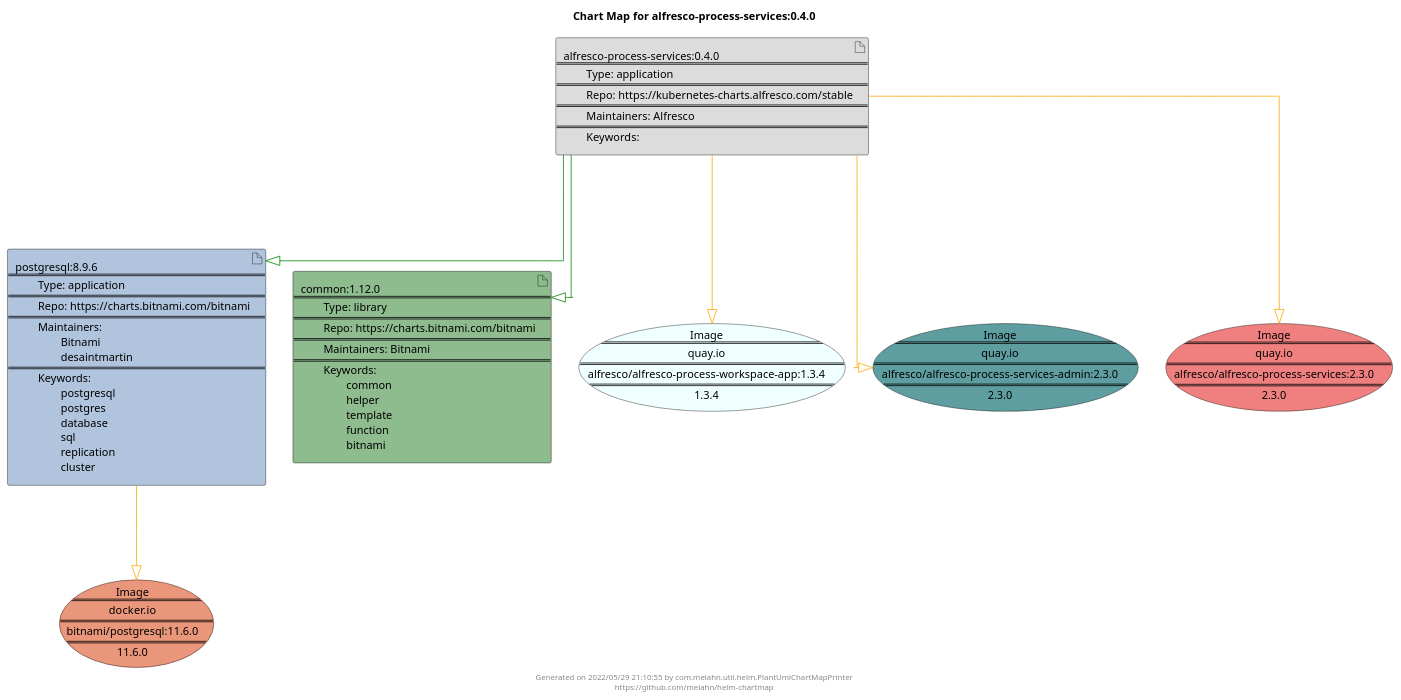
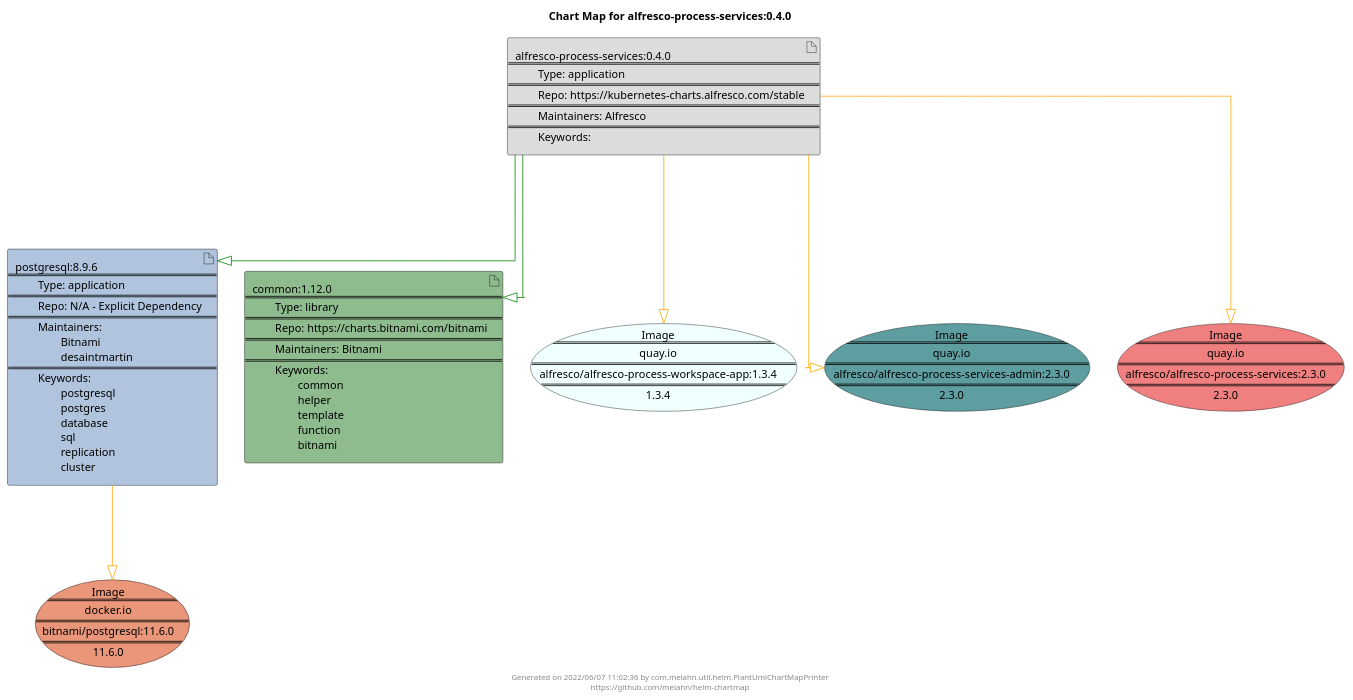
Before and after one commit to melahn/helm-chartmap: the diagram in docs/alfresco-process-services/alfresco-process-services-0.4.0.puml, drawn with PlantUML. The commit also changed 62 other files, not shown here.

Commit message:
Update Example Chart Maps as part of GitHub build

```diff
--- a/docs/alfresco-process-services/alfresco-process-services-0.4.0.puml
+++ b/docs/alfresco-process-services/alfresco-process-services-0.4.0.puml
@@ -1,31 +1,31 @@
 @startuml
 skinparam linetype ortho
 skinparam backgroundColor white
 skinparam usecaseBorderColor black
 skinparam usecaseArrowColor LightSlateGray
 skinparam artifactBorderColor black
 skinparam artifactArrowColor LightSlateGray
 
 title Chart Map for alfresco-process-services:0.4.0
 
 'There are 3 referenced Helm Charts
 artifact "alfresco-process-services:0.4.0\n====\n\tType: application\n====\n\tRepo: https://kubernetes-charts.alfresco.com/stable\n====\n\tMaintainers: Alfresco\n====\n\tKeywords: " as alfresco_process_services_0_4_0 #Gainsboro
-artifact "postgresql:8.9.6\n====\n\tType: application\n====\n\tRepo: https://charts.bitnami.com/bitnami\n====\n\tMaintainers: \n\t\tBitnami\n\t\tdesaintmartin\n====\n\tKeywords: \n\t\tpostgresql\n\t\tpostgres\n\t\tdatabase\n\t\tsql\n\t\treplication\n\t\tcluster" as postgresql_8_9_6 #LightSteelBlue
+artifact "postgresql:8.9.6\n====\n\tType: application\n====\n\tRepo: N/A - Explicit Dependency\n====\n\tMaintainers: \n\t\tBitnami\n\t\tdesaintmartin\n====\n\tKeywords: \n\t\tpostgresql\n\t\tpostgres\n\t\tdatabase\n\t\tsql\n\t\treplication\n\t\tcluster" as postgresql_8_9_6 #LightSteelBlue
 artifact "common:1.12.0\n====\n\tType: library\n====\n\tRepo: https://charts.bitnami.com/bitnami\n====\n\tMaintainers: Bitnami\n====\n\tKeywords: \n\t\tcommon\n\t\thelper\n\t\ttemplate\n\t\tfunction\n\t\tbitnami" as common_1_12_0 #DarkSeaGreen
 
 'There are 4 referenced Docker Images
 usecase "Image\n====\nquay.io\n====\nalfresco/alfresco-process-workspace-app:1.3.4\n====\n1.3.4" as quay_io_alfresco_alfresco_process_workspace_app_1_3_4 #Azure
 usecase "Image\n====\nquay.io\n====\nalfresco/alfresco-process-services-admin:2.3.0\n====\n2.3.0" as quay_io_alfresco_alfresco_process_services_admin_2_3_0 #CadetBlue
 usecase "Image\n====\ndocker.io\n====\nbitnami/postgresql:11.6.0\n====\n11.6.0" as docker_io_bitnami_postgresql_11_6_0 #DarkSalmon
 usecase "Image\n====\nquay.io\n====\nalfresco/alfresco-process-services:2.3.0\n====\n2.3.0" as quay_io_alfresco_alfresco_process_services_2_3_0 #LightCoral
 
 'Chart Dependencies
 alfresco_process_services_0_4_0--[#green]-|>postgresql_8_9_6
 alfresco_process_services_0_4_0--[#green]-|>common_1_12_0
 alfresco_process_services_0_4_0--[#orange]-|>quay_io_alfresco_alfresco_process_services_admin_2_3_0
 alfresco_process_services_0_4_0--[#orange]-|>quay_io_alfresco_alfresco_process_workspace_app_1_3_4
 alfresco_process_services_0_4_0--[#orange]-|>quay_io_alfresco_alfresco_process_services_2_3_0
 postgresql_8_9_6--[#orange]-|>docker_io_bitnami_postgresql_11_6_0
 
-center footer Generated on 2022/05/29 21:10:55 by com.melahn.util.helm.PlantUmlChartMapPrinter\nhttps://github.com/melahn/helm-chartmap
+center footer Generated on 2022/06/07 11:02:36 by com.melahn.util.helm.PlantUmlChartMapPrinter\nhttps://github.com/melahn/helm-chartmap
 @enduml
```
